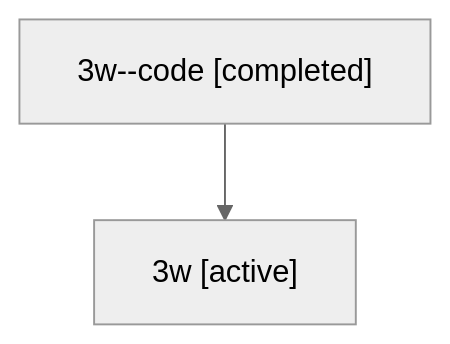
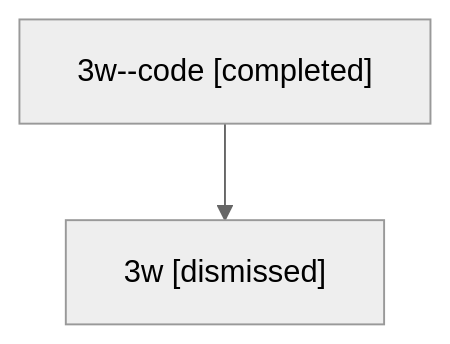
The diagram in sessions/bbugyi200.athena.3w.md (sase-org/sase--agents), drawn with Mermaid (neutral theme) before and after one commit. The commit also changed other lines of this file and 57 other files, not shown here.

````diff
--- a/sessions/bbugyi200.athena.3w.md
+++ b/sessions/bbugyi200.athena.3w.md
@@ -9,6 +9,6 @@
 ```mermaid
 flowchart TD
   n0["3w--code [completed]"]
-  n1["3w [active]"]
+  n1["3w [dismissed]"]
   n0 --> n1
 ```
````
